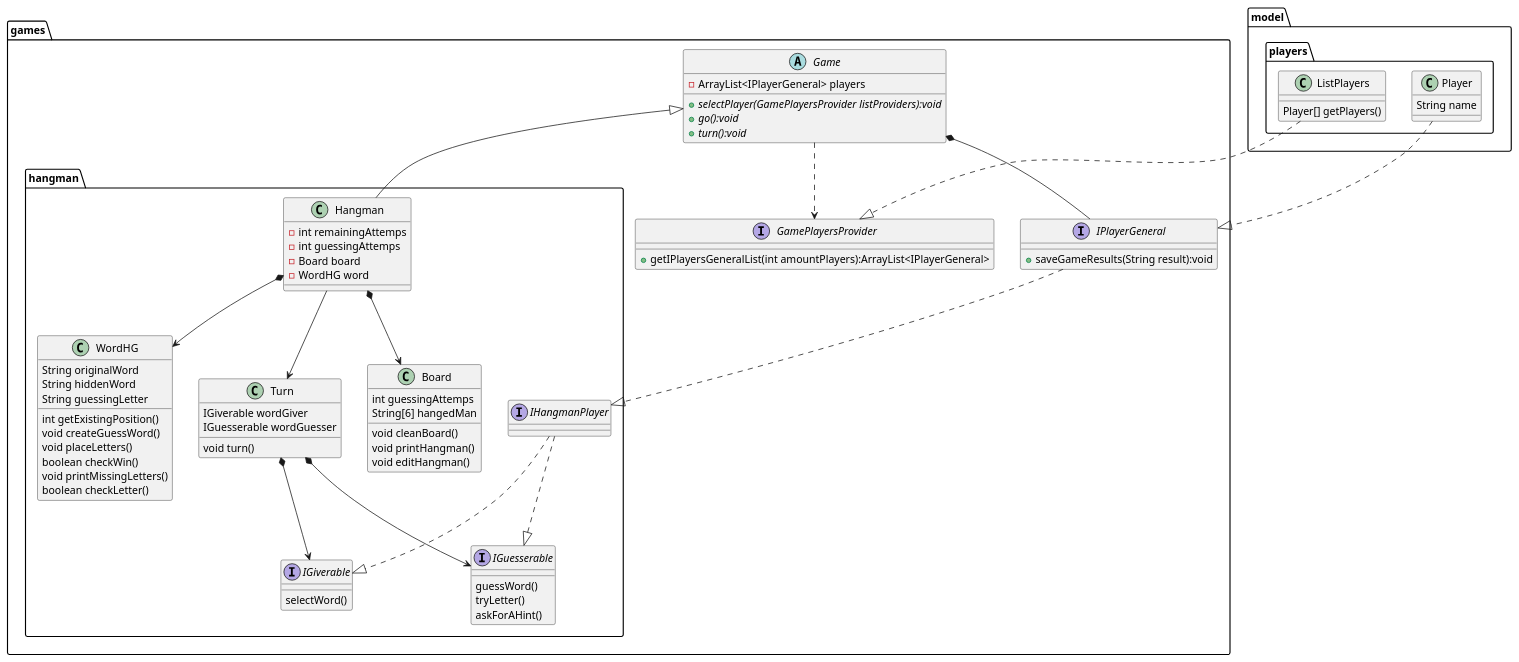
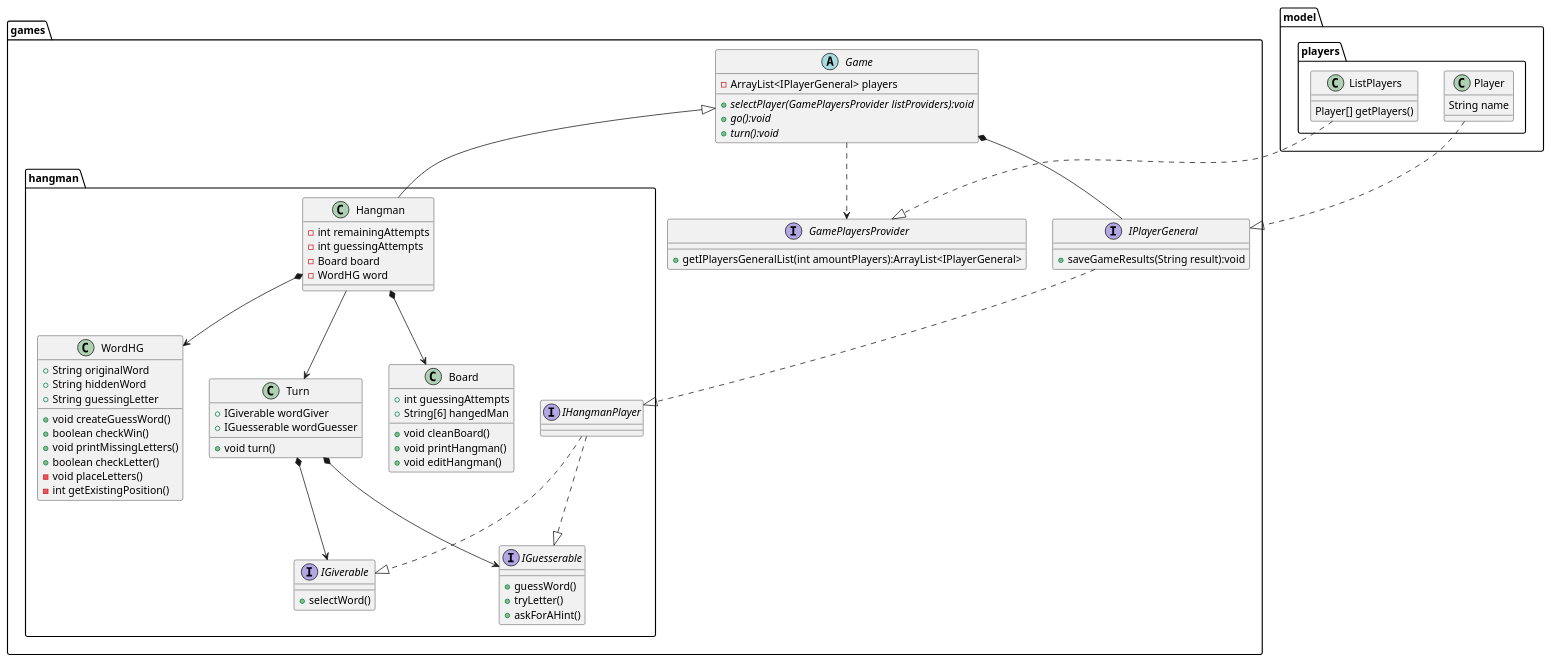
The diagram in docs/ClassDiagramHG2.wsd (LouisGonzalez/ExcerciseGames-ItFundamentals), drawn with PlantUML before and after one commit. The commit also changed 8 other files, not shown here.

```diff
--- a/docs/ClassDiagramHG2.wsd
+++ b/docs/ClassDiagramHG2.wsd
@@ -1,112 +1,112 @@
 @startuml ClassTicTacToe
 
 
 package games {
 
     interface GamePlayersProvider {
-        +getIPlayersGeneralList(int amountPlayers):ArrayList<IPlayerGeneral>
+        + getIPlayersGeneralList(int amountPlayers):ArrayList<IPlayerGeneral>
     }
 
 abstract Game {
-    -ArrayList<IPlayerGeneral> players
-    +{abstract}selectPlayer(GamePlayersProvider listProviders):void
-    +{abstract}go():void
-    +{abstract}turn():void
+    - ArrayList<IPlayerGeneral> players
+    + {abstract}selectPlayer(GamePlayersProvider listProviders):void
+    + {abstract}go():void
+    + {abstract}turn():void
 }
 
 interface IPlayerGeneral{
-    +saveGameResults(String result):void
+    + saveGameResults(String result):void
 }
 
 package hangman {
 
     class Hangman{
-        -int remainingAttemps
-        -int guessingAttemps
-        -Board board
-        -WordHG word
+        - int remainingAttempts
+        - int guessingAttempts
+        - Board board
+        - WordHG word
     }
 
     class Board {
-        int guessingAttemps
-        String[6] hangedMan
-        void cleanBoard()
-        void printHangman()
-        void editHangman()
+        + int guessingAttempts
+        + String[6] hangedMan
+        + void cleanBoard()
+        + void printHangman()
+        + void editHangman()
 
     }
 
     class WordHG{
-        String originalWord
-        String hiddenWord
-        String guessingLetter
-        int getExistingPosition()
-        void createGuessWord()
-        void placeLetters()
-        boolean checkWin()
-        void printMissingLetters()
-        boolean checkLetter()
+        + String originalWord
+        + String hiddenWord
+        + String guessingLetter
+        + void createGuessWord()
+        + boolean checkWin()
+        + void printMissingLetters()
+        + boolean checkLetter()
+        - void placeLetters()
+        - int getExistingPosition()
     }
 
     class Turn{
-        IGiverable wordGiver
-        IGuesserable wordGuesser
-        void turn()
+        + IGiverable wordGiver
+        + IGuesserable wordGuesser
+        + void turn()
     }
 
     interface IHangmanPlayer{}
 
     interface IGiverable{
-        selectWord()
+        + selectWord()
     }
 
     interface IGuesserable{
-        guessWord()
-        tryLetter()
-        askForAHint()
+        + guessWord()
+        + tryLetter()
+        + askForAHint()
     }
 
 }
 
 }
 
 package model {
 
     package players {
 
         class Player {
             String name
         }
         
         class ListPlayers{
             Player[] getPlayers()
         }
 
     }
 
 }
 
 Player ..|> IPlayerGeneral
 
 Hangman *--> Board
 Hangman *--> WordHG
 Hangman --> Turn
 
 Game ..> GamePlayersProvider
 
 IPlayerGeneral ..|> IHangmanPlayer
 IHangmanPlayer ..|> IGiverable
 IHangmanPlayer ..|> IGuesserable
 
 ListPlayers ..|> GamePlayersProvider
 
 Game *-- IPlayerGeneral
 
 Turn *--> IGiverable
 Turn *--> IGuesserable
 
 Hangman -up-|> Game
 
 
 
 @enduml
```
